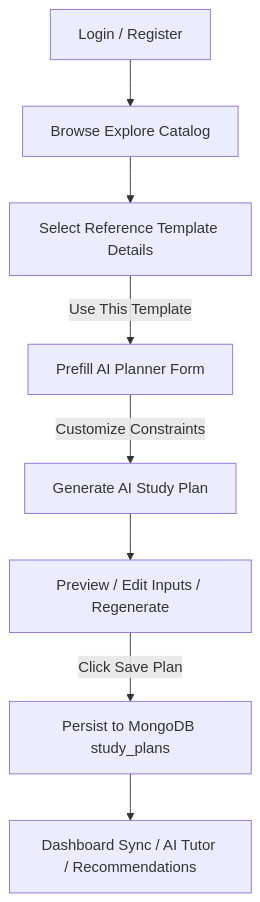
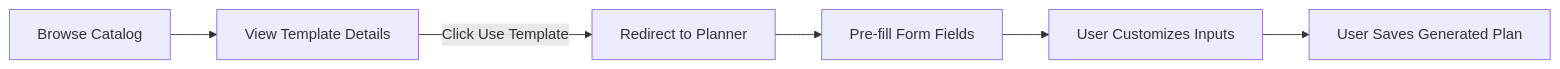
Before and after one commit to Tasmih/StudyPilot-AI-Client: the second of 6 diagrams in README.md, drawn with Mermaid. The commit also changed other lines of this file, not shown here.

````diff
--- a/README.md
+++ b/README.md
@@ -35,10 +117,8 @@
 ```mermaid
-graph TD
-    A[Login / Register] --> B[Browse Explore Catalog]
-    B --> C[Select Reference Template Details]
-    C -->|Use This Template| D[Prefill AI Planner Form]
-    D -->|Customize Constraints| E[Generate AI Study Plan]
-    E --> F[Preview / Edit Inputs / Regenerate]
-    F -->|Click Save Plan| G[Persist to MongoDB study_plans]
-    G --> H[Dashboard Sync / AI Tutor / Recommendations]
+graph LR
+    Explore[Browse Catalog] --> Details[View Template Details]
+    Details -->|Click Use Template| Redirect[Redirect to Planner]
+    Redirect --> Prefill[Pre-fill Form Fields]
+    Prefill --> Customize[User Customizes Inputs]
+    Customize --> Save[User Saves Generated Plan]
 ```
````
